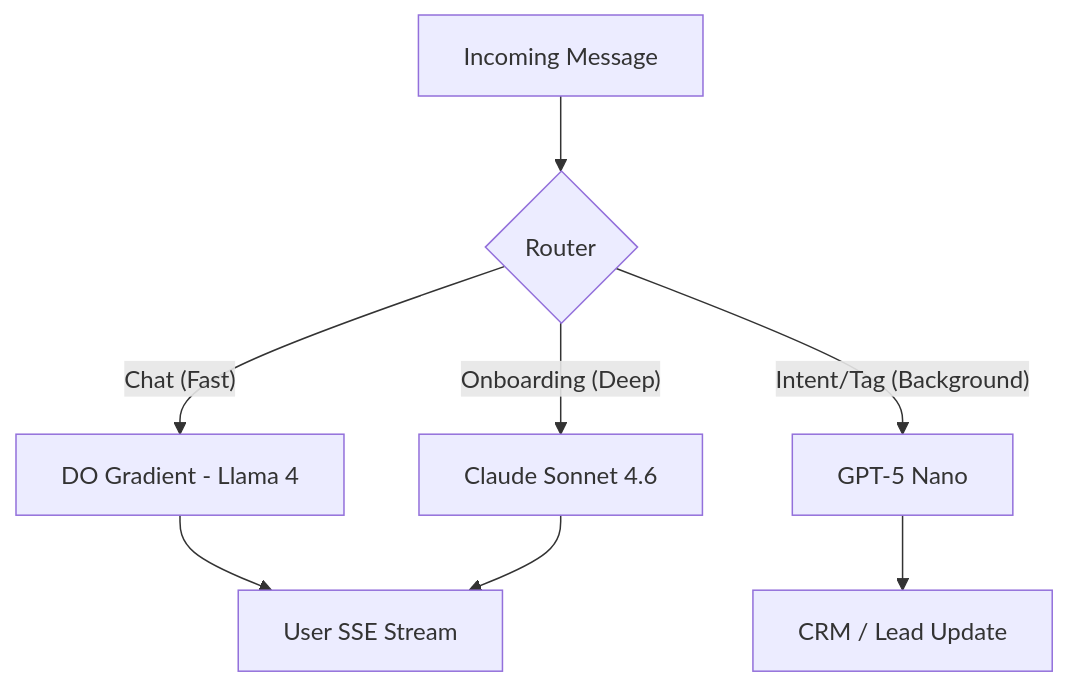
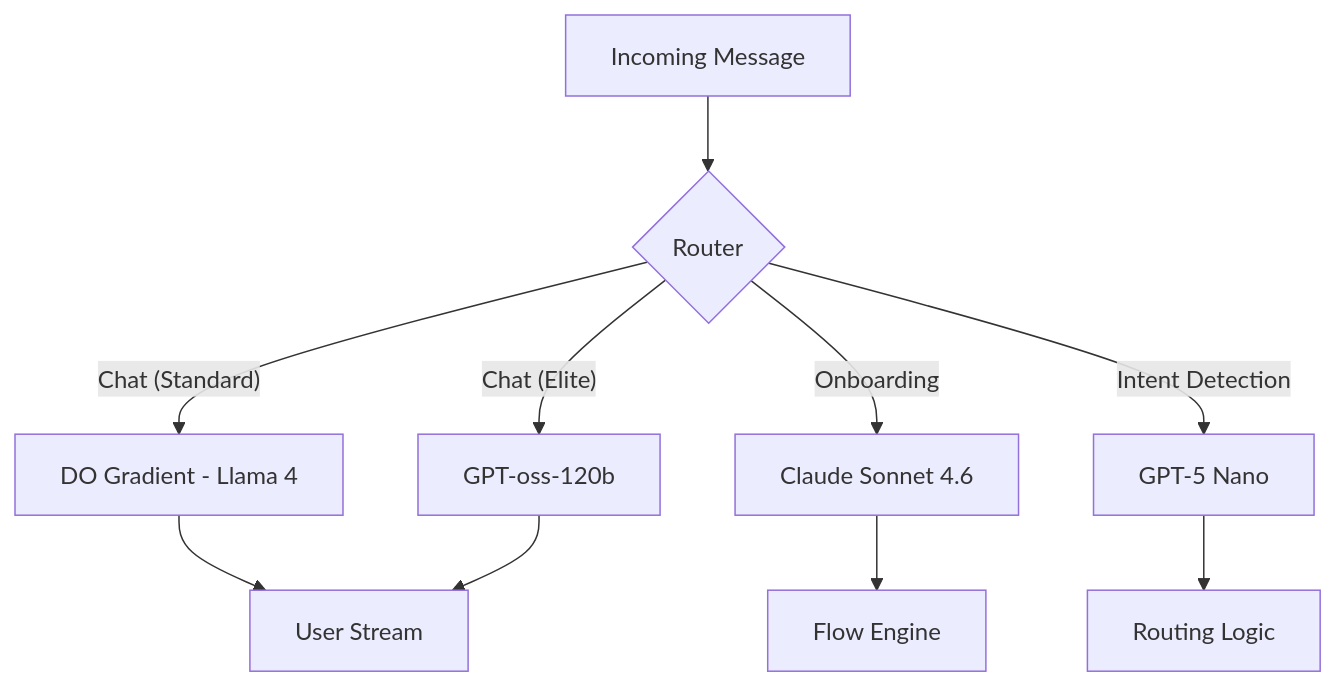
Before and after one commit to swopno1/replybase-saas: the diagram in docs/ai/hybrid-ai-architecture.md, drawn with Mermaid. The commit also changed other lines of this file and 15 other files, not shown here.

Commit message:
refactor: centralize rollout configuration, update AI documentation, and tighten environment variable schemas

````diff
--- a/docs/ai/hybrid-ai-architecture.md
+++ b/docs/ai/hybrid-ai-architecture.md
@@ -32,11 +32,13 @@
 ```mermaid
 graph TD
     A[Incoming Message] --> B{Router}
-    B -- "Chat (Fast)" --> C[DO Gradient - Llama 4]
-    B -- "Onboarding (Deep)" --> D[Claude Sonnet 4.6]
-    B -- "Intent/Tag (Background)" --> E[GPT-5 Nano]
+    B -- "Chat (Standard)" --> C[DO Gradient - Llama 4]
+    B -- "Chat (Elite)" --> D[GPT-oss-120b]
+    B -- "Onboarding" --> E[Claude Sonnet 4.6]
+    B -- "Intent Detection" --> F[GPT-5 Nano]
     
-    C --> F[User SSE Stream]
-    D --> F
-    E --> G[CRM / Lead Update]
+    C --> G[User Stream]
+    D --> G
+    E --> H[Flow Engine]
+    F --> I[Routing Logic]
 ```
````
